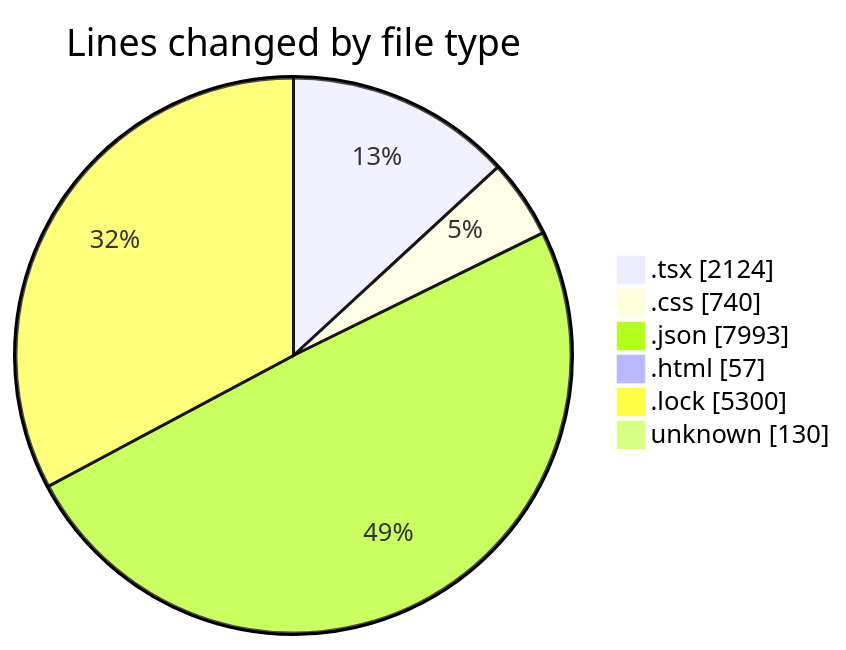
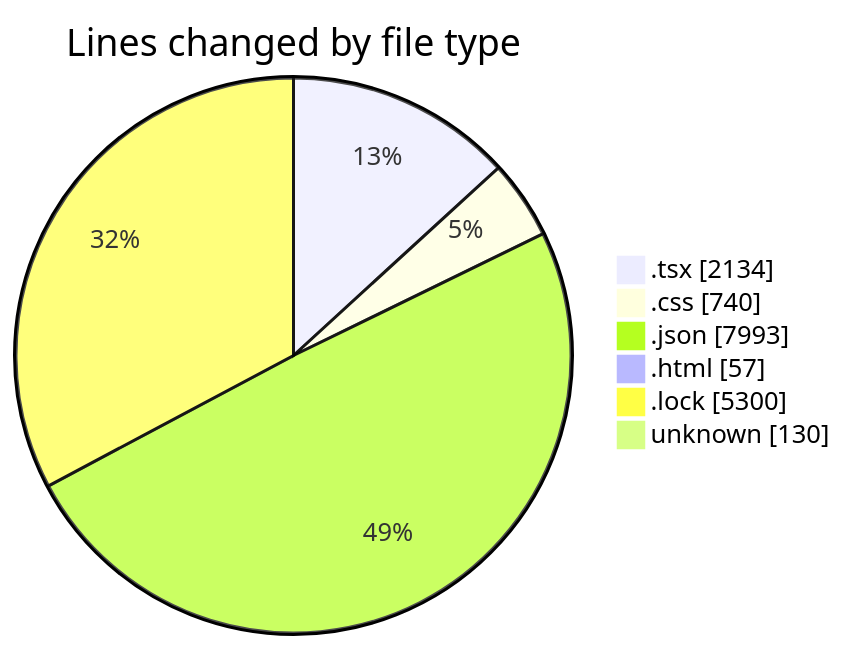
One commit to EIIisD/code-tracking changed the first of 2 diagrams in 2025-08-12/ribbon/README.md. Above: the diagram before and after it, drawn with Mermaid. The commit also changed other lines of this file and 1 other file, not shown here.

````diff
--- a/2025-08-12/ribbon/README.md
+++ b/2025-08-12/ribbon/README.md
@@ -36,10 +36,10 @@
 ```mermaid
 pie showData
 title Lines changed by file type
-".tsx" : 2124
+".tsx" : 2134
 ".css" : 740
 ".json" : 7993
 ".html" : 57
 ".lock" : 5300
 "unknown" : 130
 ```
````
